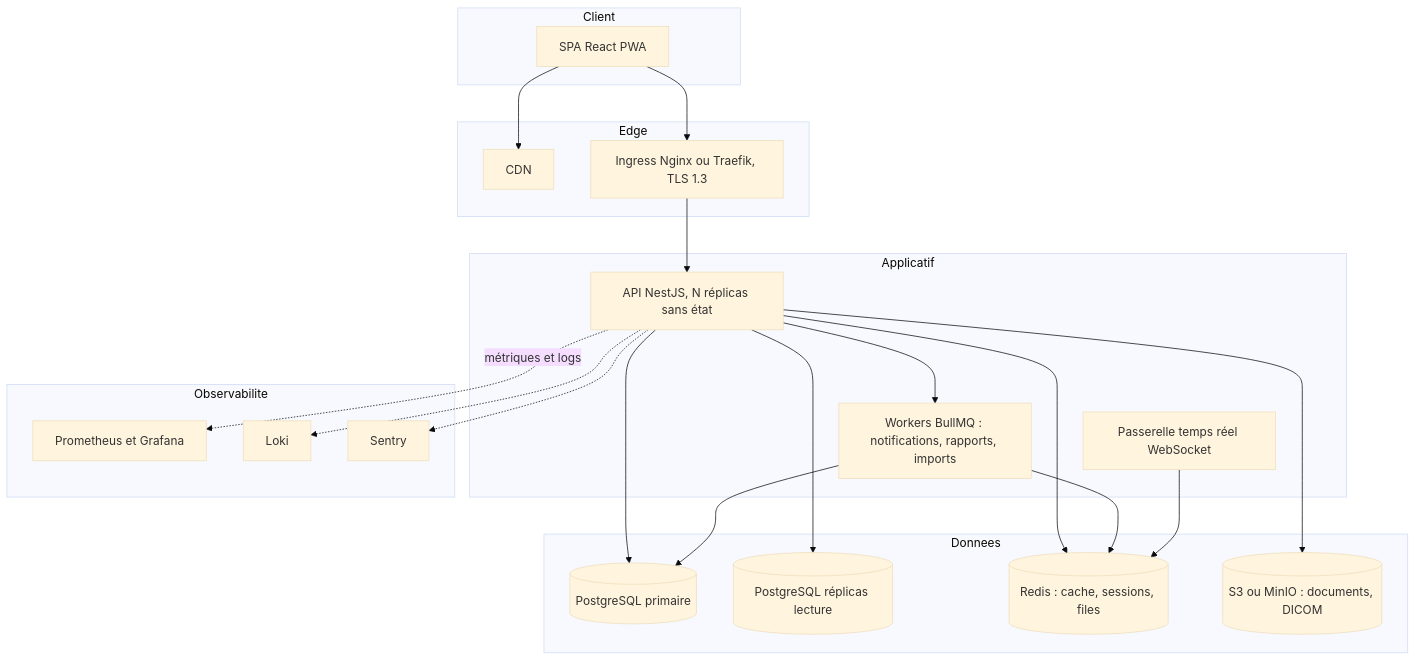
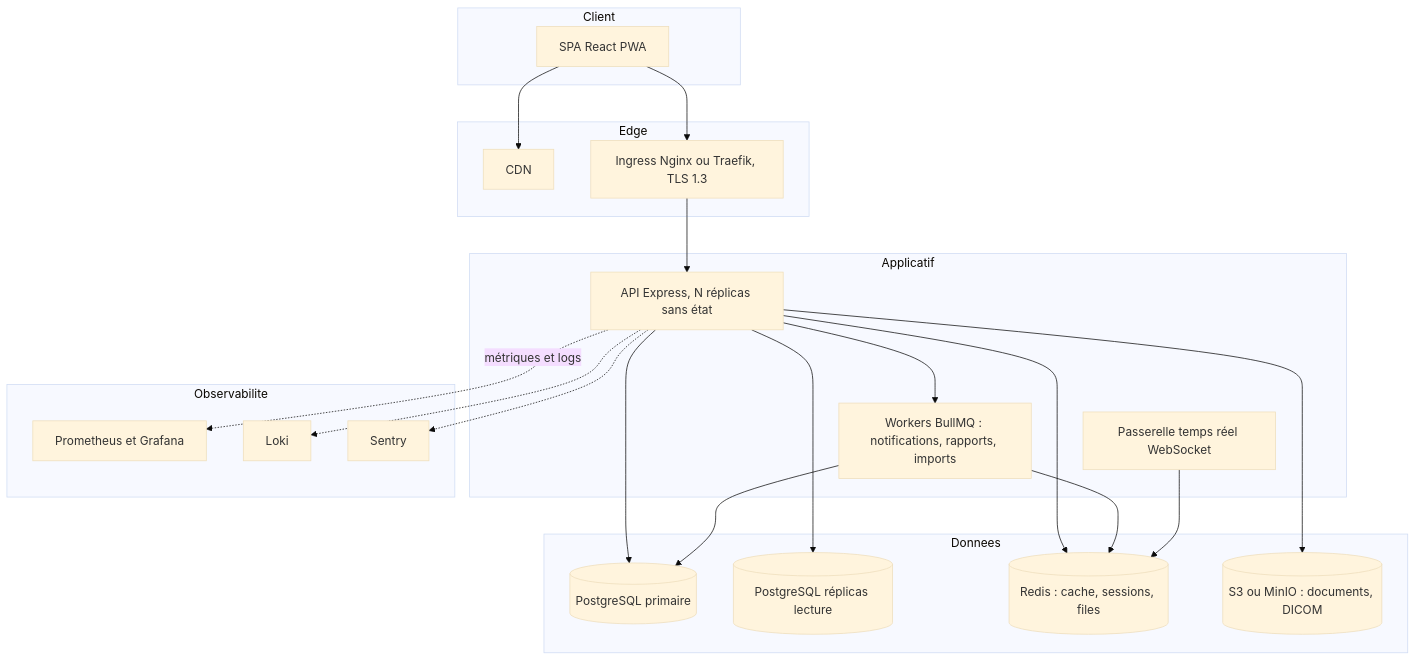
One commit to djoumessinguefackemmanuel-commits/hospital-app changed the second of 18 diagrams in docs/conception-initiale.md. Above: the diagram before and after it, drawn with Mermaid (base theme). The commit also changed other lines of this file, not shown here.

````diff
--- a/docs/conception-initiale.md
+++ b/docs/conception-initiale.md
@@ -47,39 +50,39 @@
 ```mermaid
 flowchart TB
   subgraph Client
     SPA[SPA React PWA]
   end
   subgraph Edge
     CDN[CDN]
     ING[Ingress Nginx ou Traefik, TLS 1.3]
   end
   subgraph Applicatif
-    API[API NestJS, N réplicas sans état]
+    API[API Express, N réplicas sans état]
     WRK[Workers BullMQ : notifications, rapports, imports]
     RT[Passerelle temps réel WebSocket]
   end
   subgraph Donnees
     PG[(PostgreSQL primaire)]
     PGR[(PostgreSQL réplicas lecture)]
     RD[(Redis : cache, sessions, files)]
     S3[(S3 ou MinIO : documents, DICOM)]
   end
   subgraph Observabilite
     PROM[Prometheus et Grafana]
     LOKI[Loki]
     SEN[Sentry]
   end
   SPA --> CDN
   SPA --> ING --> API
   API --> PG
   API --> PGR
   API --> RD
   API --> S3
   API --> WRK
   WRK --> RD
   WRK --> PG
   RT --> RD
   API -.métriques et logs.-> PROM
   API -.-> LOKI
   API -.-> SEN
 ```
````
